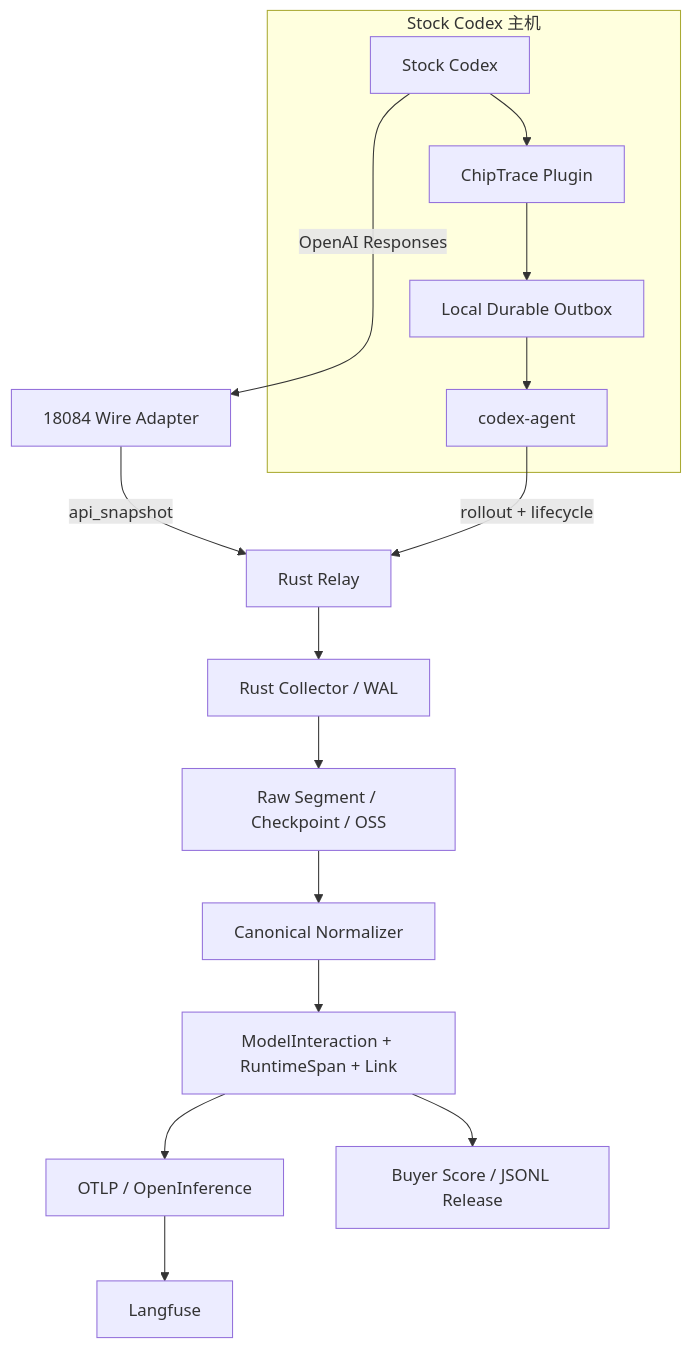
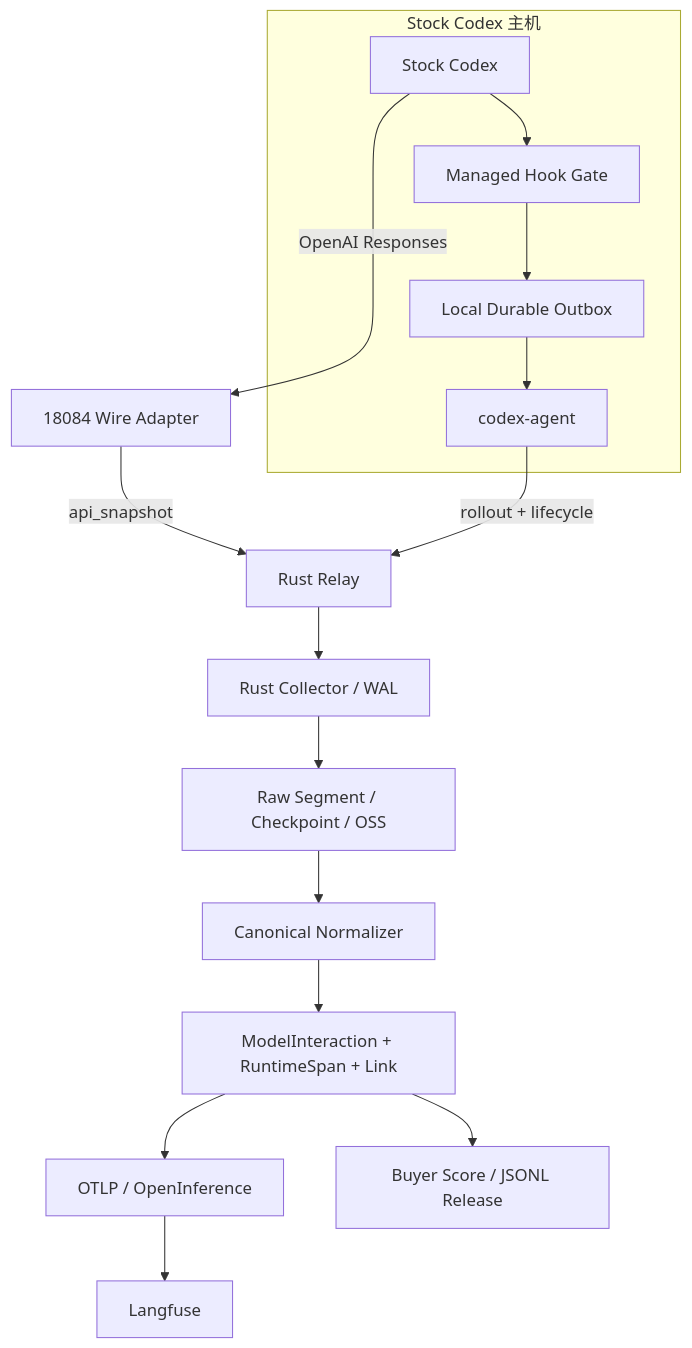
Before and after one commit to XS-MLVP/ChipTrace: the diagram in docs/architecture.md, drawn with Mermaid. The commit also changed other lines of this file and 19 other files, not shown here.

````diff
--- a/docs/architecture.md
+++ b/docs/architecture.md
@@ -11,21 +11,21 @@
 ```mermaid
 flowchart TB
     subgraph Host[Stock Codex 主机]
         C[Stock Codex]
-        P[ChipTrace Plugin]
+        P[Managed Hook Gate]
         O[Local Durable Outbox]
         A[codex-agent]
         C --> P --> O --> A
     end
 
     C -->|OpenAI Responses| W[18084 Wire Adapter]
     W -->|api_snapshot| R[Rust Relay]
     A -->|rollout + lifecycle| R
     R --> L[Rust Collector / WAL]
     L --> S[Raw Segment / Checkpoint / OSS]
     S --> N[Canonical Normalizer]
     N --> T[ModelInteraction + RuntimeSpan + Link]
     T --> X[OTLP / OpenInference]
     X --> F[Langfuse]
     T --> Q[Buyer Score / JSONL Release]
 ```
````
